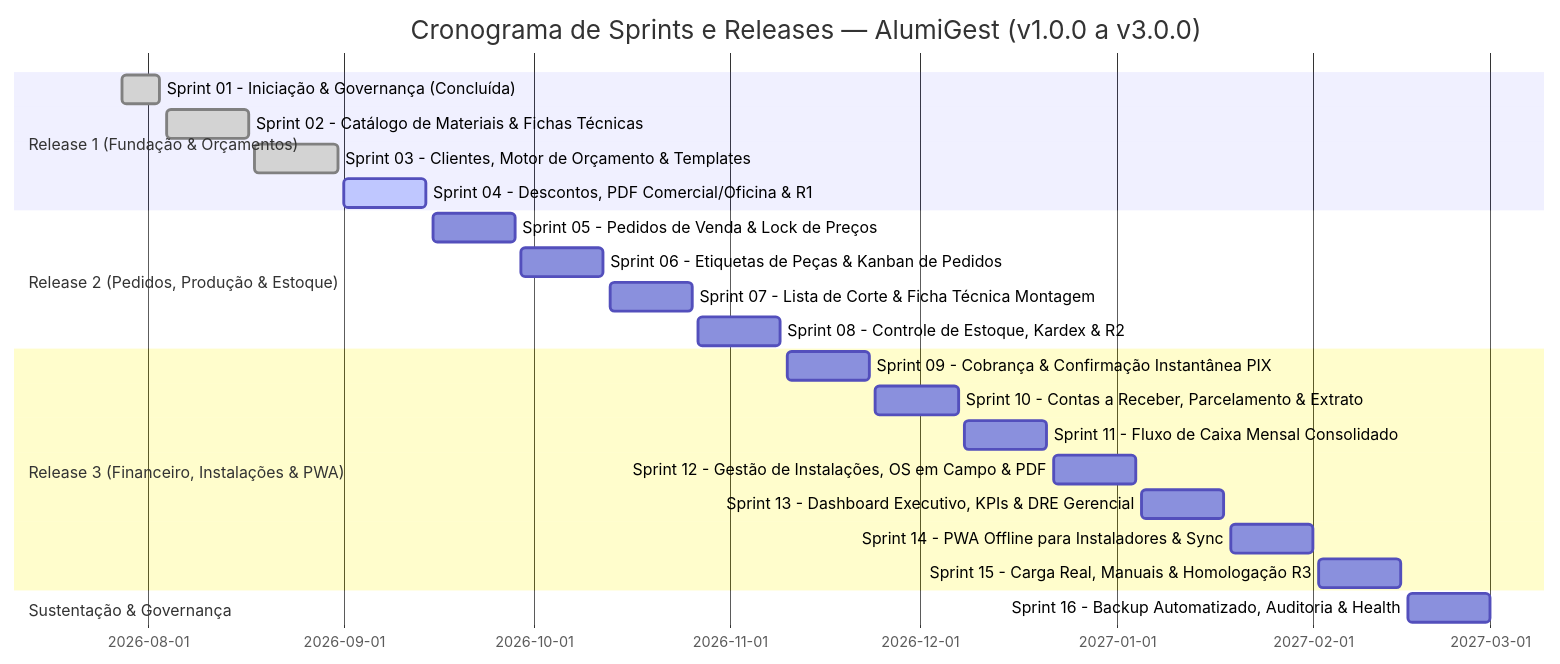
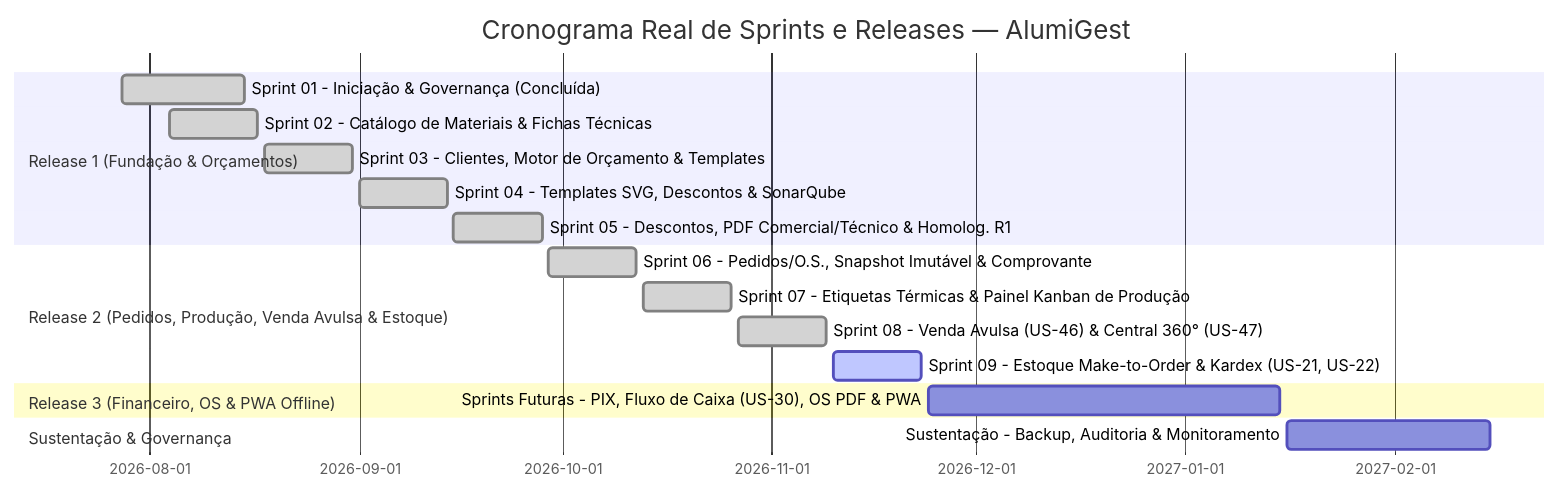
The diagram in docs/sistema/000-requisitos/PBL-Product_Backlog.md (ADS-IFPB-SR/alumigest), drawn with Mermaid before and after one commit. The commit also changed other lines of this file and 33 other files, not shown here.

````diff
--- a/docs/sistema/000-requisitos/PBL-Product_Backlog.md
+++ b/docs/sistema/000-requisitos/PBL-Product_Backlog.md
@@ -13,25 +14,20 @@
 ```mermaid
 gantt
-    title Cronograma de Sprints e Releases — AlumiGest (v1.0.0 a v3.0.0)
+    title Cronograma Real de Sprints e Releases — AlumiGest
     dateFormat  YYYY-MM-DD
     section Release 1 (Fundação & Orçamentos)
-    Sprint 01 - Iniciação & Governança (Concluída)        :done, s1, 2026-07-28, 2026-08-03
-    Sprint 02 - Catálogo de Materiais & Fichas Técnicas   :done, s2, 2026-08-04, 2026-08-17
-    Sprint 03 - Clientes, Motor de Orçamento & Templates  :done, s3, 2026-08-18, 2026-08-31
-    Sprint 04 - Descontos, PDF Comercial/Oficina & R1     :active, s4, 2026-09-01, 2026-09-14
-    section Release 2 (Pedidos, Produção & Estoque)
-    Sprint 05 - Pedidos de Venda & Lock de Preços         :s5, 2026-09-15, 2026-09-28
-    Sprint 06 - Etiquetas de Peças & Kanban de Pedidos     :s6, 2026-09-29, 2026-10-12
-    Sprint 07 - Lista de Corte & Ficha Técnica Montagem   :s7, 2026-10-13, 2026-10-26
-    Sprint 08 - Controle de Estoque, Kardex & R2          :s8, 2026-10-27, 2026-11-09
-    section Release 3 (Financeiro, Instalações & PWA)
-    Sprint 09 - Cobrança & Confirmação Instantânea PIX    :s9, 2026-11-10, 2026-11-23
-    Sprint 10 - Contas a Receber, Parcelamento & Extrato  :s10, 2026-11-24, 2026-12-07
-    Sprint 11 - Fluxo de Caixa Mensal Consolidado         :s11, 2026-12-08, 2026-12-21
-    Sprint 12 - Gestão de Instalações, OS em Campo & PDF  :s12, 2026-12-22, 2027-01-04
-    Sprint 13 - Dashboard Executivo, KPIs & DRE Gerencial :s13, 2027-01-05, 2027-01-18
-    Sprint 14 - PWA Offline para Instaladores & Sync      :s14, 2027-01-19, 2027-02-01
-    Sprint 15 - Carga Real, Manuais & Homologação R3      :s15, 2027-02-02, 2027-02-15
+    Sprint 01 - Iniciação & Governança (Concluída)               :done, s1, 2026-07-28, 2026-08-15
+    Sprint 02 - Catálogo de Materiais & Fichas Técnicas          :done, s2, 2026-08-04, 2026-08-17
+    Sprint 03 - Clientes, Motor de Orçamento & Templates         :done, s3, 2026-08-18, 2026-08-31
+    Sprint 04 - Templates SVG, Descontos & SonarQube             :done, s4, 2026-09-01, 2026-09-14
+    Sprint 05 - Descontos, PDF Comercial/Técnico & Homolog. R1   :done, s5, 2026-09-15, 2026-09-28
+    section Release 2 (Pedidos, Produção, Venda Avulsa & Estoque)
+    Sprint 06 - Pedidos/O.S., Snapshot Imutável & Comprovante    :done, s6, 2026-09-29, 2026-10-12
+    Sprint 07 - Etiquetas Térmicas & Painel Kanban de Produção   :done, s7, 2026-10-13, 2026-10-26
+    Sprint 08 - Venda Avulsa (US-46) & Central 360° (US-47)      :done, s8, 2026-10-27, 2026-11-09
+    Sprint 09 - Estoque Make-to-Order & Kardex (US-21, US-22)    :active, s9, 2026-11-10, 2026-11-23
+    section Release 3 (Financeiro, OS & PWA Offline)
+    Sprints Futuras - PIX, Fluxo de Caixa (US-30), OS PDF & PWA  :s10, 2026-11-24, 2027-01-15
     section Sustentação & Governança
-    Sprint 16 - Backup Automatizado, Auditoria & Health   :s16, 2027-02-16, 2027-03-01
+    Sustentação - Backup, Auditoria & Monitoramento              :s16, 2027-01-16, 2027-02-15
 ```
````
